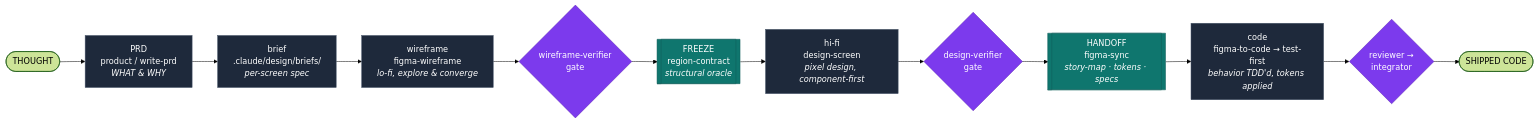
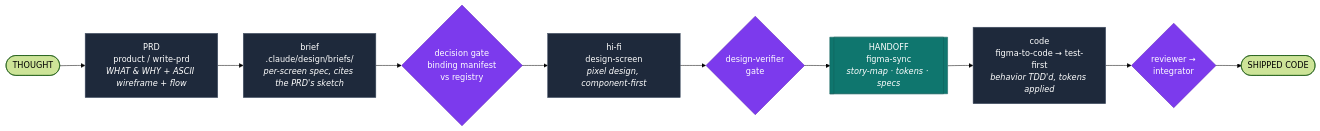
One commit to milad-alizadeh/argo-plugin changed the first of 2 diagrams in PIPELINE.md. Above: the diagram before and after it, drawn with Mermaid (forest theme). The commit also changed other lines of this file, not shown here.

Commit message:
docs(pipeline): single-seam pipeline — PRD ASCII wireframe replaces wireframe/FREEZE stages

````diff
--- a/PIPELINE.md
+++ b/PIPELINE.md
@@ -13,21 +13,19 @@
 ```mermaid
 flowchart LR
     classDef stage fill:#1e293b,color:#fff,stroke:#475569
     classDef seam fill:#0f766e,color:#fff,stroke:#115e59
     classDef gate fill:#7c3aed,color:#fff,stroke:#5b21b6
 
     thought([THOUGHT]) --> prd
-    prd["PRD<br/>product / write-prd<br/><i>WHAT & WHY</i>"]:::stage
-    brief["brief<br/>.claude/design/briefs/<br/><i>per-screen spec</i>"]:::stage
-    wf["wireframe<br/>figma-wireframe<br/><i>lo-fi, explore & converge</i>"]:::stage
-    wfv{"wireframe-verifier<br/>gate"}:::gate
-    freeze[["FREEZE<br/>region-contract<br/><i>structural oracle</i>"]]:::seam
+    prd["PRD<br/>product / write-prd<br/><i>WHAT & WHY + ASCII wireframe + flow</i>"]:::stage
+    brief["brief<br/>.claude/design/briefs/<br/><i>per-screen spec, cites the PRD's sketch</i>"]:::stage
+    manifest{"decision gate<br/>binding manifest<br/>vs registry"}:::gate
     hifi["hi-fi<br/>design-screen<br/><i>pixel design, component-first</i>"]:::stage
     dv{"design-verifier<br/>gate"}:::gate
     handoff[["HANDOFF<br/>figma-sync<br/><i>story-map · tokens · specs</i>"]]:::seam
     code["code<br/>figma-to-code → test-first<br/><i>behavior TDD'd, tokens applied</i>"]:::stage
     rev{"reviewer →<br/>integrator"}:::gate
     shipped([SHIPPED CODE])
 
-    prd --> brief --> wf --> wfv --> freeze --> hifi --> dv --> handoff --> code --> rev --> shipped
+    prd --> brief --> manifest --> hifi --> dv --> handoff --> code --> rev --> shipped
 ```
````
